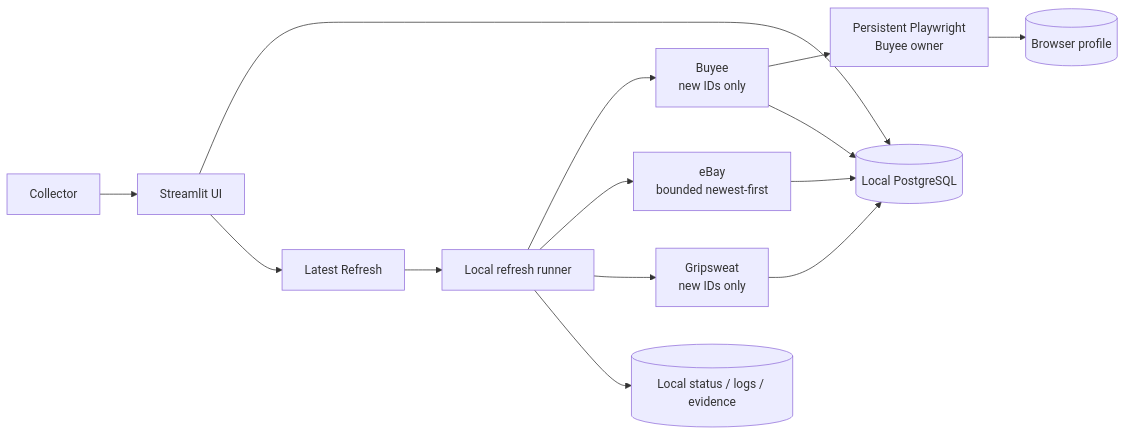
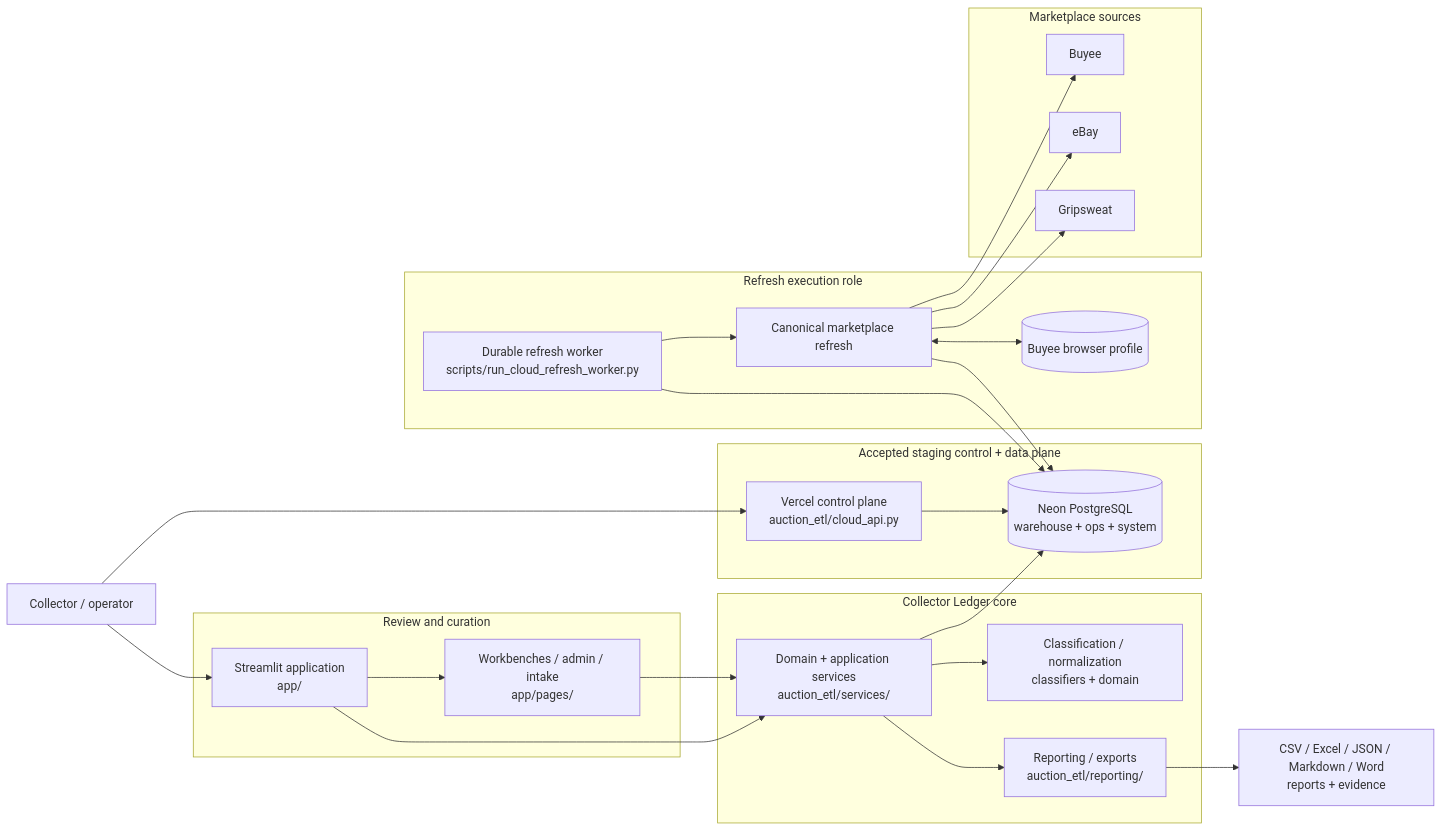
Before and after one commit to TomWang22/auction-etl: the first of 2 diagrams in README.md, drawn with Mermaid. The commit also changed other lines of this file and 2 other files, not shown here.

Commit message:
docs: finalize Collector Ledger architecture

````diff
--- a/README.md
+++ b/README.md
@@ -216,16 +13,55 @@
 ```mermaid
 flowchart LR
-    User["Collector"] --> UI["Streamlit UI"]
-    UI --> DB[("Local PostgreSQL")]
-    UI --> Refresh["Latest Refresh"]
-    Refresh --> Runner["Local refresh runner"]
-    Runner --> Buyee["Buyee<br/>new IDs only"]
-    Runner --> Ebay["eBay<br/>bounded newest-first"]
-    Runner --> Grip["Gripsweat<br/>new IDs only"]
-    Buyee --> Owner["Persistent Playwright<br/>Buyee owner"]
-    Owner --> Profile[("Browser profile")]
-    Buyee --> DB
-    Ebay --> DB
-    Grip --> DB
-    Runner --> Files[("Local status / logs / evidence")]
+    Collector["Collector / operator"]
+
+    subgraph Review["Review and curation"]
+        UI["Streamlit application<br/>app/"]
+        Pages["Workbenches / admin / intake<br/>app/pages/"]
+    end
+
+    subgraph Core["Collector Ledger core"]
+        Services["Domain + application services<br/>auction_etl/services/"]
+        Classify["Classification / normalization<br/>classifiers + domain"]
+        Reporting["Reporting / exports<br/>auction_etl/reporting/"]
+    end
+
+    subgraph Cloud["Accepted staging control + data plane"]
+        Vercel["Vercel control plane<br/>auction_etl/cloud_api.py"]
+        Neon[("Neon PostgreSQL<br/>warehouse + ops + system")]
+    end
+
+    subgraph Execution["Refresh execution role"]
+        Worker["Durable refresh worker<br/>scripts/run_cloud_refresh_worker.py"]
+        Runner["Canonical marketplace refresh"]
+        Profile[("Buyee browser profile")]
+    end
+
+    subgraph Sources["Marketplace sources"]
+        Buyee["Buyee"]
+        Ebay["eBay"]
+        Gripsweat["Gripsweat"]
+    end
+
+    Output["CSV / Excel / JSON / Markdown / Word<br/>reports + evidence"]
+
+    Collector --> UI
+    UI --> Pages
+    UI --> Services
+    Pages --> Services
+
+    Services --> Classify
+    Services --> Reporting
+    Services --> Neon
+    Reporting --> Output
+
+    Collector --> Vercel
+    Vercel --> Neon
+
+    Worker --> Neon
+    Worker --> Runner
+    Runner --> Buyee
+    Runner --> Ebay
+    Runner --> Gripsweat
+    Runner <--> Profile
+    Runner --> Neon
 ```
````
